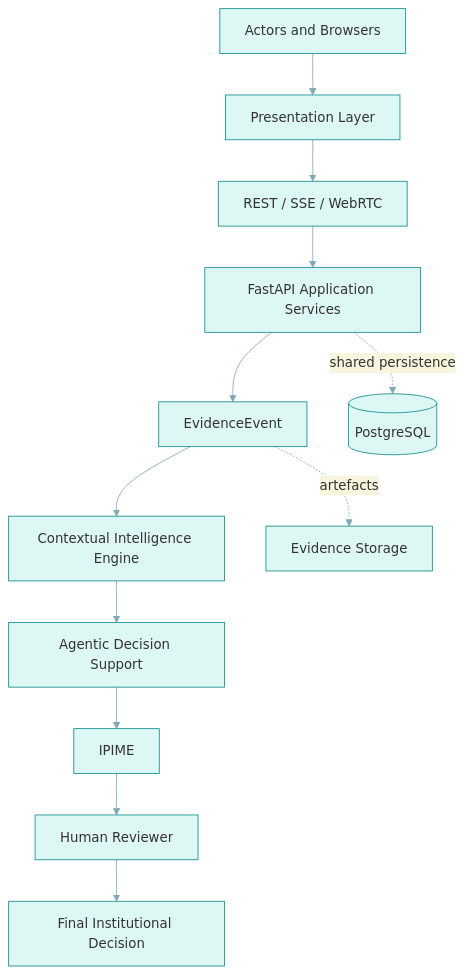
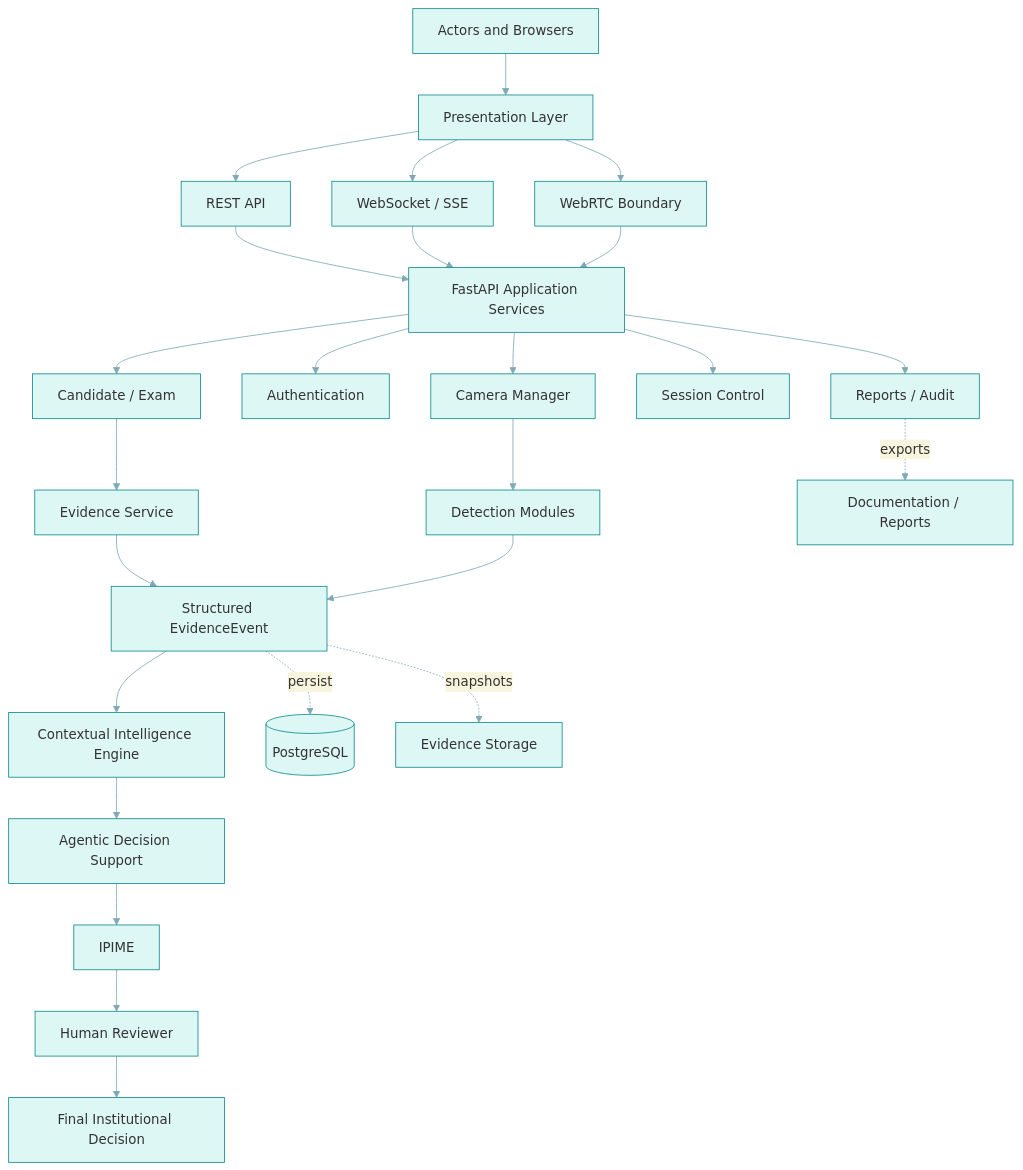
Before and after one commit to basil-emeokoro/SERPS: the diagram in docs/dissertation/chapter3/source/authoritative/Figure3_3_Overall_System_Architecture_of_SERPS.mmd, drawn with Mermaid. The commit also changed 176 other files, not shown here.

Commit message:
docs: freeze chapter three diagrams and correct POP status

```diff
--- a/docs/dissertation/chapter3/source/authoritative/Figure3_3_Overall_System_Architecture_of_SERPS.mmd
+++ b/docs/dissertation/chapter3/source/authoritative/Figure3_3_Overall_System_Architecture_of_SERPS.mmd
@@ -1,13 +1,26 @@
 %%{init: {'theme': 'base', 'themeVariables': {'primaryColor': '#DDF7F5', 'primaryBorderColor': '#0F8B8D', 'lineColor': '#7FA9B5', 'fontFamily': 'Segoe UI, Arial'}}}%%
 flowchart TB
   Actors[Actors and Browsers] --> Frontend[Presentation Layer]
-  Frontend --> Communication[REST / SSE / WebRTC]
-  Communication --> API[FastAPI Application Services]
-  API --> Evidence[EvidenceEvent]
+  Frontend --> REST[REST API]
+  Frontend --> Realtime[WebSocket / SSE]
+  Frontend --> WebRTC[WebRTC Boundary]
+  REST --> API[FastAPI Application Services]
+  Realtime --> API
+  WebRTC --> API
+  API --> Camera[Camera Manager]
+  API --> Auth[Authentication]
+  API --> Candidate[Candidate / Exam]
+  API --> Session[Session Control]
+  API --> Reports[Reports / Audit]
+  Camera --> Detection[Detection Modules]
+  Candidate --> EvidenceService[Evidence Service]
+  EvidenceService --> Evidence[Structured EvidenceEvent]
+  Detection --> Evidence
   Evidence --> CIE[Contextual Intelligence Engine]
   CIE --> Agentic[Agentic Decision Support]
   Agentic --> IPIME
   IPIME --> Reviewer[Human Reviewer]
   Reviewer --> Final[Final Institutional Decision]
-  API -. shared persistence .-> DB[(PostgreSQL)]
-  Evidence -. artefacts .-> Storage[Evidence Storage]
+  Evidence -. persist .-> DB[(PostgreSQL)]
+  Evidence -. snapshots .-> Storage[Evidence Storage]
+  Reports -. exports .-> Docs[Documentation / Reports]
```
